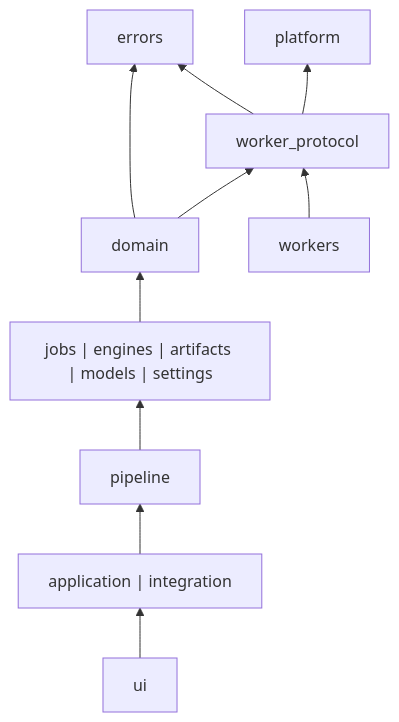
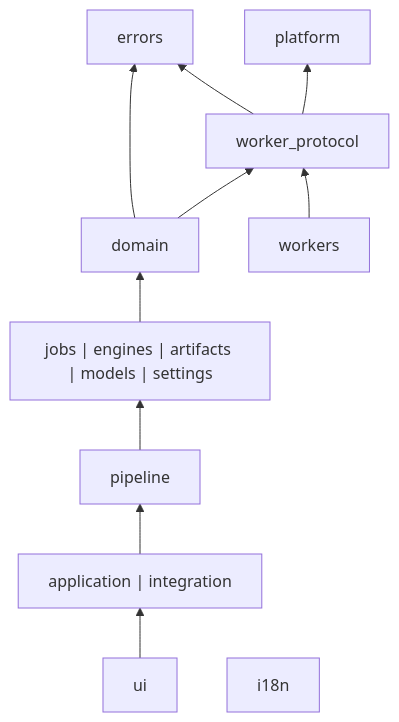
Before and after one commit to alexmarincu/stemforge: the second of 6 diagrams in ARCHITECTURE.md, drawn with Mermaid. The commit also changed other lines of this file and 11 other files, not shown here.

````diff
--- a/ARCHITECTURE.md
+++ b/ARCHITECTURE.md
@@ -176,22 +176,23 @@
 ```mermaid
 flowchart BT
     platform["platform"]
     errors["errors"]
     protocol["worker_protocol"]
     domain["domain"]
     workers["workers"]
     core["jobs | engines | artifacts | models | settings"]
     pipeline["pipeline"]
     app["application | integration"]
     ui["ui"]
+    i18n["i18n"]
 
     protocol --> platform
     protocol --> errors
     domain --> protocol
     domain --> errors
     workers --> protocol
     core --> domain
     pipeline --> core
     app --> pipeline
     ui --> app
 ```
````
